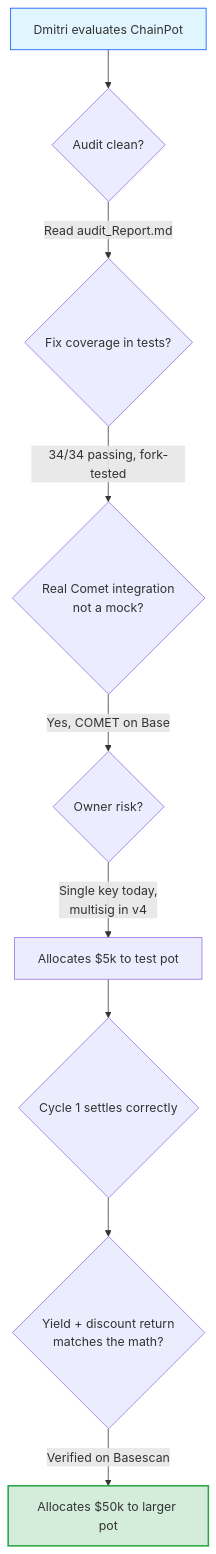
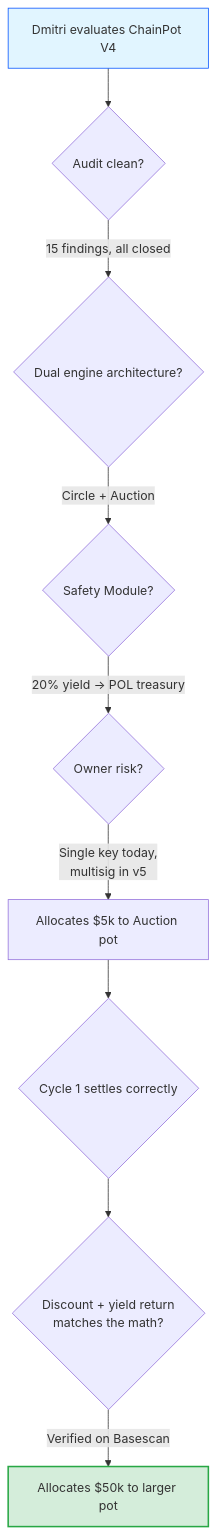
One commit to Web3Spell/chainpot changed the fifth of 6 diagrams in userpersona.md. Above: the diagram before and after it, drawn with Mermaid. The commit also changed other lines of this file and 1 other file, not shown here.

````diff
--- a/userpersona.md
+++ b/userpersona.md
@@ -175,14 +196,14 @@
 ```mermaid
 flowchart TD
-    A[Dmitri evaluates ChainPot] --> B{Audit clean?}
-    B -->|Read audit_Report.md| C{Fix coverage in tests?}
-    C -->|34/34 passing, fork-tested| D{Real Comet integration<br/>not a mock?}
-    D -->|Yes, COMET on Base| E{Owner risk?}
-    E -->|Single key today,<br/>multisig in v4| F[Allocates $5k to test pot]
+    A["Dmitri evaluates ChainPot V4"] --> B{Audit clean?}
+    B -->|"15 findings, all closed"| C{Dual engine architecture?}
+    C -->|"Circle + Auction"| D{Safety Module?}
+    D -->|"20% yield → POL treasury"| E{Owner risk?}
+    E -->|"Single key today,<br/>multisig in v5"| F["Allocates $5k to Auction pot"]
     F --> G{Cycle 1 settles correctly}
-    G --> H{Yield + discount return<br/>matches the math?}
-    H -->|Verified on Basescan| I[Allocates $50k to larger pot]
+    G --> H{Discount + yield return<br/>matches the math?}
+    H -->|"Verified on Basescan"| I["Allocates $50k to larger pot"]
 
     style A fill:#e1f5ff,stroke:#0052FF
     style I fill:#d4edda,stroke:#28a745,stroke-width:2px
 ```
````
